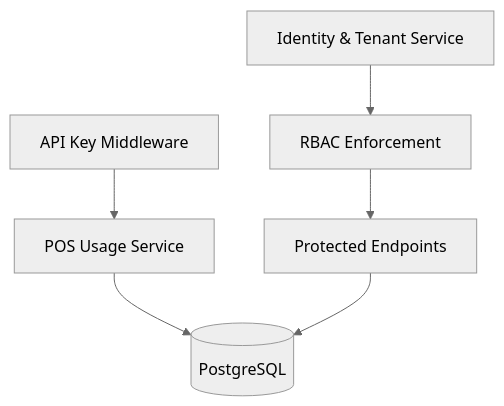
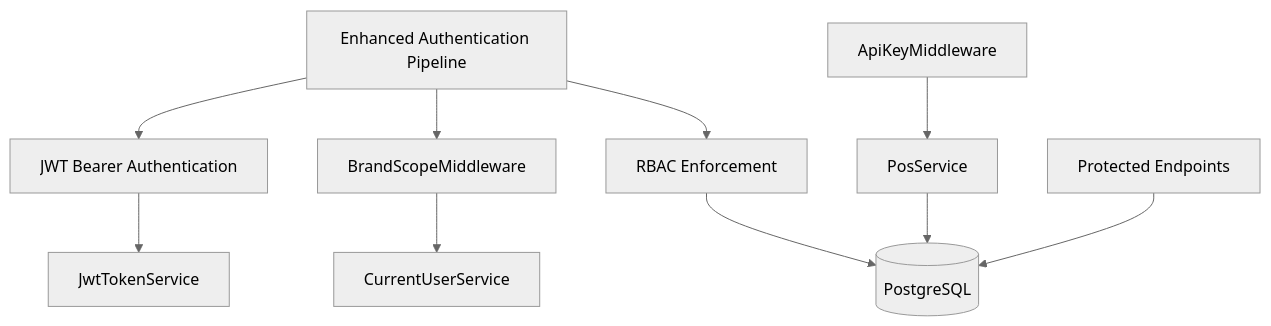
One commit to lamhongbac/NonCash changed the eighth of 8 diagrams in .qoder/repowiki/en/content/System Architecture/Security Architecture.md. Above: the diagram before and after it, drawn with Mermaid (neutral theme). The commit also changed other lines of this file and 13 other files, not shown here.

````diff
--- a/.qoder/repowiki/en/content/System Architecture/Security Architecture.md
+++ b/.qoder/repowiki/en/content/System Architecture/Security Architecture.md
@@ -380,8 +455,12 @@
 ```mermaid
 graph TB
-IdentitySvc["Identity & Tenant Service"] --> RBAC["RBAC Enforcement"]
-RBAC --> AllEndpoints["Protected Endpoints"]
-ApiKeyMW["API Key Middleware"] --> PosSvc["POS Usage Service"]
+AuthPipe["Enhanced Authentication Pipeline"] --> JWTAuth["JWT Bearer Authentication"]
+AuthPipe --> BrandMW["BrandScopeMiddleware"]
+JWTAuth --> JwtSvc["JwtTokenService"]
+BrandMW --> CurrentUser["CurrentUserService"]
+AuthPipe --> RBAC["RBAC Enforcement"]
+ApiKeyMW["ApiKeyMiddleware"] --> PosSvc["PosService"]
 PosSvc --> DB[("PostgreSQL")]
-AllEndpoints --> DB
+RBAC --> DB
+AllEndpoints["Protected Endpoints"] --> DB
 ```
````
